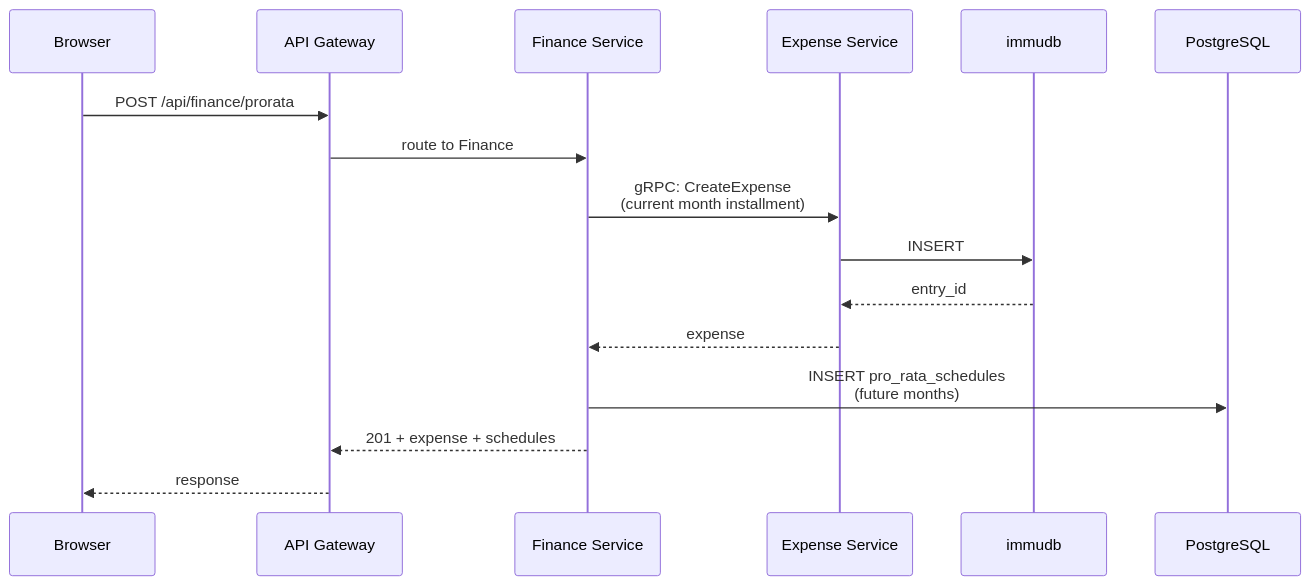
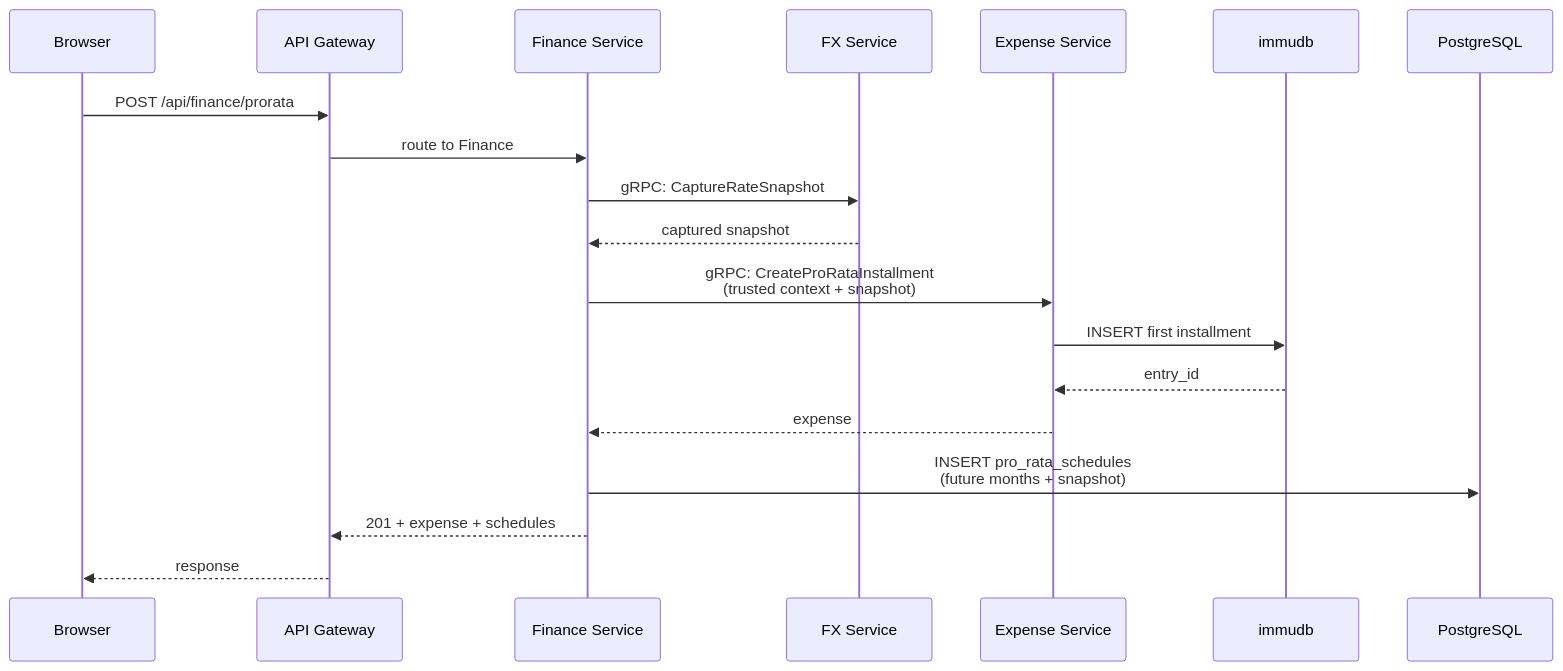
The third of 5 diagrams in docs/architecture.md (ItsThompson/gofin), drawn with Mermaid before and after one commit. The commit also changed other lines of this file, not shown here.

Commit message:
docs: update architecture for FX Service and internal gRPC boundaries

````diff
--- a/docs/architecture.md
+++ b/docs/architecture.md
@@ -205,19 +245,22 @@
 ```mermaid
 sequenceDiagram
     participant B as Browser
     participant G as API Gateway
     participant F as Finance Service
+    participant FX as FX Service
     participant E as Expense Service
     participant I as immudb
     participant P as PostgreSQL
 
     B->>G: POST /api/finance/prorata
     G->>F: route to Finance
-    F->>E: gRPC: CreateExpense<br/>(current month installment)
-    E->>I: INSERT
+    F->>FX: gRPC: CaptureRateSnapshot
+    FX-->>F: captured snapshot
+    F->>E: gRPC: CreateProRataInstallment<br/>(trusted context + snapshot)
+    E->>I: INSERT first installment
     I-->>E: entry_id
     E-->>F: expense
-    F->>P: INSERT pro_rata_schedules<br/>(future months)
+    F->>P: INSERT pro_rata_schedules<br/>(future months + snapshot)
     F-->>G: 201 + expense + schedules
     G-->>B: response
 ```
````
